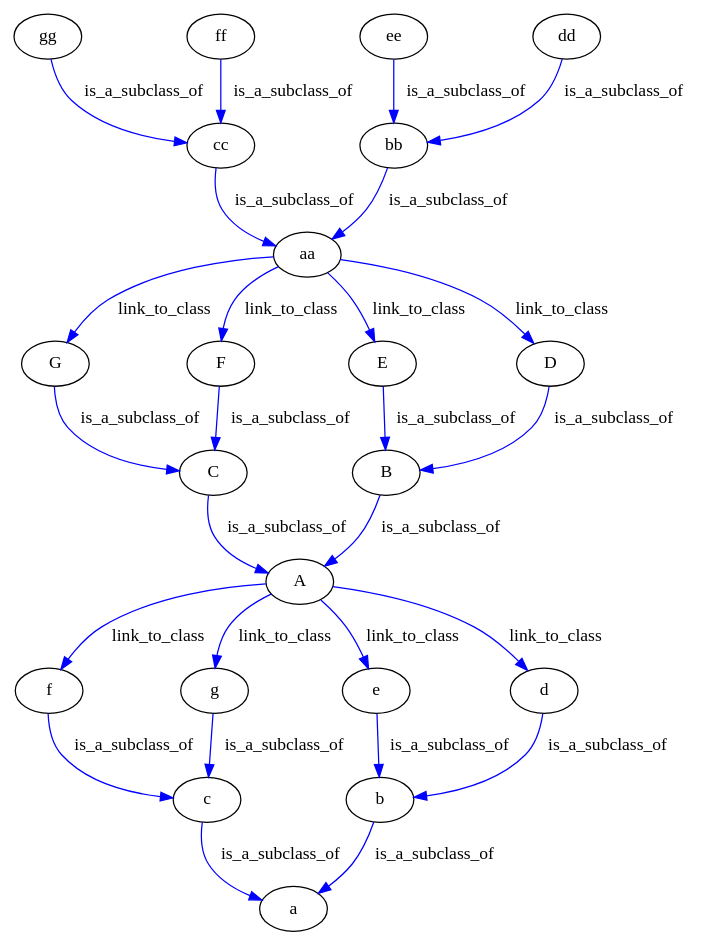
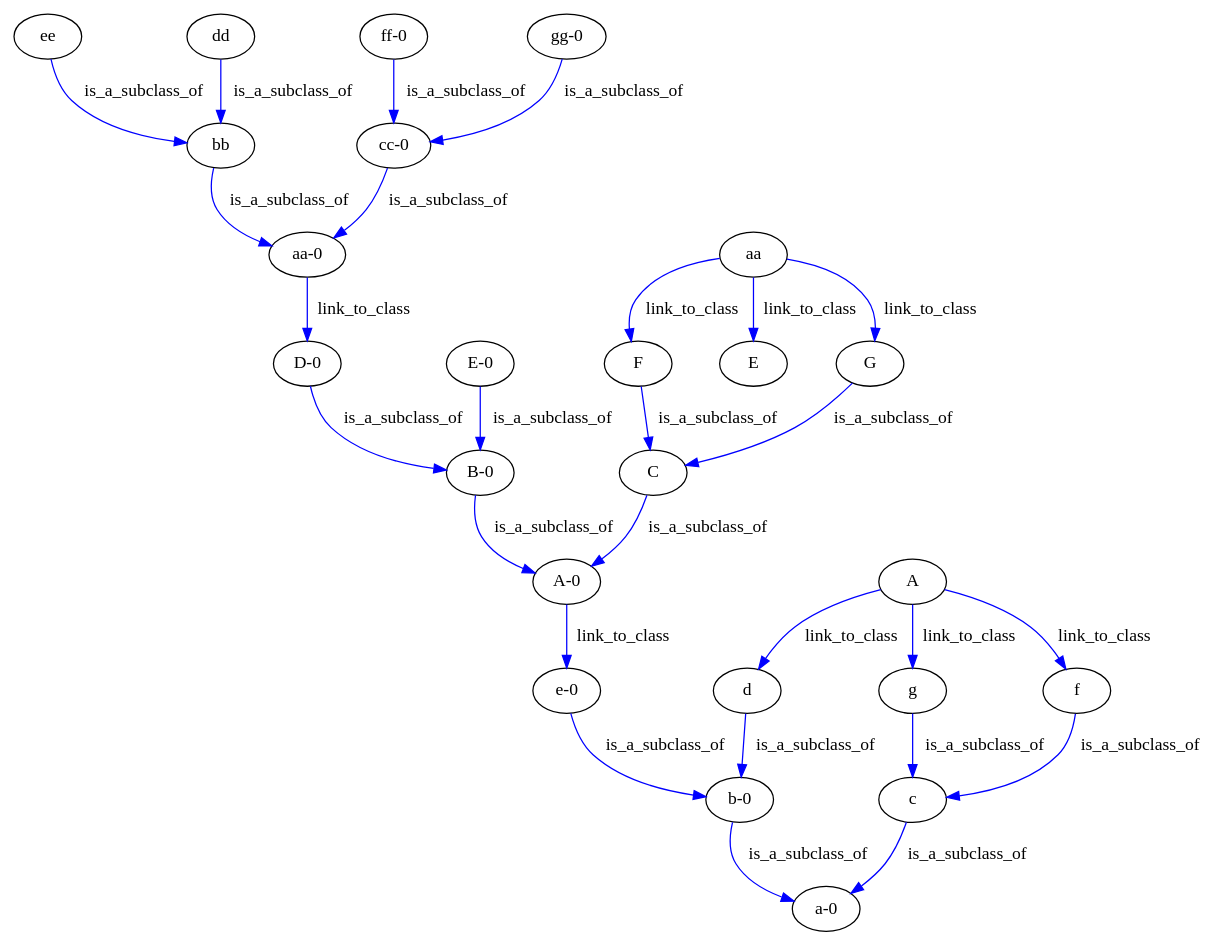
Before and after one commit to heinz-preisig/PeriConto: the diagram in ontologyRepository/Digraph.gv, drawn with Graphviz. The commit also changed 3 other files, not shown here.

```diff
--- a/ontologyRepository/Digraph.gv
+++ b/ontologyRepository/Digraph.gv
@@ -1,80 +1,80 @@
 digraph {
+	ee
+	bb
+	ee -> bb [label=is_a_subclass_of color=blue]
+	c
+	"a-0"
+	c -> "a-0" [label=is_a_subclass_of color=blue]
+	"ff-0"
+	"cc-0"
+	"ff-0" -> "cc-0" [label=is_a_subclass_of color=blue]
+	aa
+	E
+	aa -> E [label=link_to_class color=blue]
+	F
+	C
+	F -> C [label=is_a_subclass_of color=blue]
+	d
+	"b-0"
+	d -> "b-0" [label=is_a_subclass_of color=blue]
+	aa
+	F
+	aa -> F [label=link_to_class color=blue]
+	"e-0"
+	"b-0"
+	"e-0" -> "b-0" [label=is_a_subclass_of color=blue]
+	dd
+	bb
+	dd -> bb [label=is_a_subclass_of color=blue]
+	"gg-0"
+	"cc-0"
+	"gg-0" -> "cc-0" [label=is_a_subclass_of color=blue]
 	A
 	g
 	A -> g [label=link_to_class color=blue]
+	"E-0"
+	"B-0"
+	"E-0" -> "B-0" [label=is_a_subclass_of color=blue]
+	A
+	f
+	A -> f [label=link_to_class color=blue]
+	"B-0"
+	"A-0"
+	"B-0" -> "A-0" [label=is_a_subclass_of color=blue]
 	G
 	C
 	G -> C [label=is_a_subclass_of color=blue]
+	"D-0"
+	"B-0"
+	"D-0" -> "B-0" [label=is_a_subclass_of color=blue]
 	A
-	e
-	A -> e [label=link_to_class color=blue]
-	F
-	C
-	F -> C [label=is_a_subclass_of color=blue]
-	gg
-	cc
-	gg -> cc [label=is_a_subclass_of color=blue]
-	E
-	B
-	E -> B [label=is_a_subclass_of color=blue]
-	e
-	b
-	e -> b [label=is_a_subclass_of color=blue]
-	ee
-	bb
-	ee -> bb [label=is_a_subclass_of color=blue]
-	C
-	A
-	C -> A [label=is_a_subclass_of color=blue]
-	cc
-	aa
-	cc -> aa [label=is_a_subclass_of color=blue]
+	d
+	A -> d [label=link_to_class color=blue]
+	"b-0"
+	"a-0"
+	"b-0" -> "a-0" [label=is_a_subclass_of color=blue]
 	aa
 	G
 	aa -> G [label=link_to_class color=blue]
+	"aa-0"
+	"D-0"
+	"aa-0" -> "D-0" [label=link_to_class color=blue]
 	f
 	c
 	f -> c [label=is_a_subclass_of color=blue]
-	ff
-	cc
-	ff -> cc [label=is_a_subclass_of color=blue]
-	A
-	d
-	A -> d [label=link_to_class color=blue]
-	aa
-	F
-	aa -> F [label=link_to_class color=blue]
+	"cc-0"
+	"aa-0"
+	"cc-0" -> "aa-0" [label=is_a_subclass_of color=blue]
+	bb
+	"aa-0"
+	bb -> "aa-0" [label=is_a_subclass_of color=blue]
 	g
 	c
 	g -> c [label=is_a_subclass_of color=blue]
-	aa
-	D
-	aa -> D [label=link_to_class color=blue]
-	D
-	B
-	D -> B [label=is_a_subclass_of color=blue]
-	dd
-	bb
-	dd -> bb [label=is_a_subclass_of color=blue]
-	c
-	a
-	c -> a [label=is_a_subclass_of color=blue]
-	bb
-	aa
-	bb -> aa [label=is_a_subclass_of color=blue]
-	B
-	A
-	B -> A [label=is_a_subclass_of color=blue]
-	d
-	b
-	d -> b [label=is_a_subclass_of color=blue]
-	A
-	f
-	A -> f [label=link_to_class color=blue]
-	b
-	a
-	b -> a [label=is_a_subclass_of color=blue]
-	aa
-	E
-	aa -> E [label=link_to_class color=blue]
+	C
+	"A-0"
+	C -> "A-0" [label=is_a_subclass_of color=blue]
+	"A-0"
+	"e-0"
+	"A-0" -> "e-0" [label=link_to_class color=blue]
 }
```
